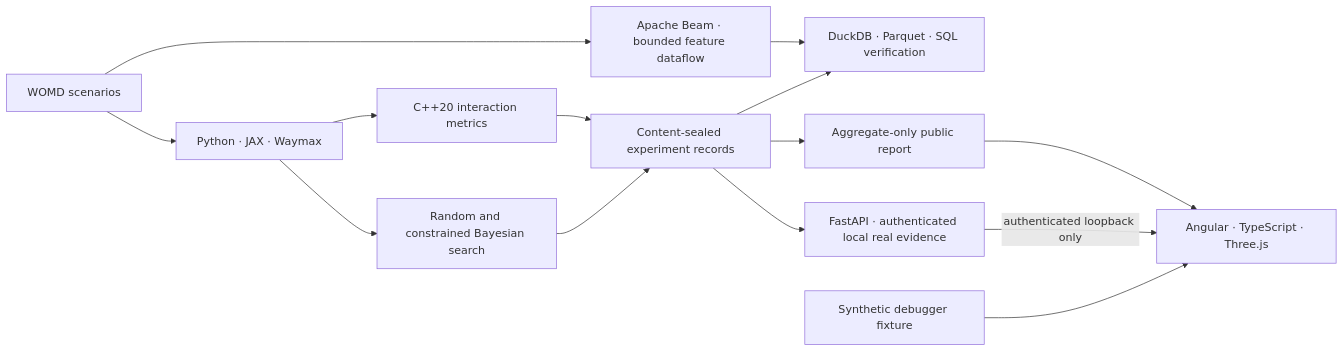
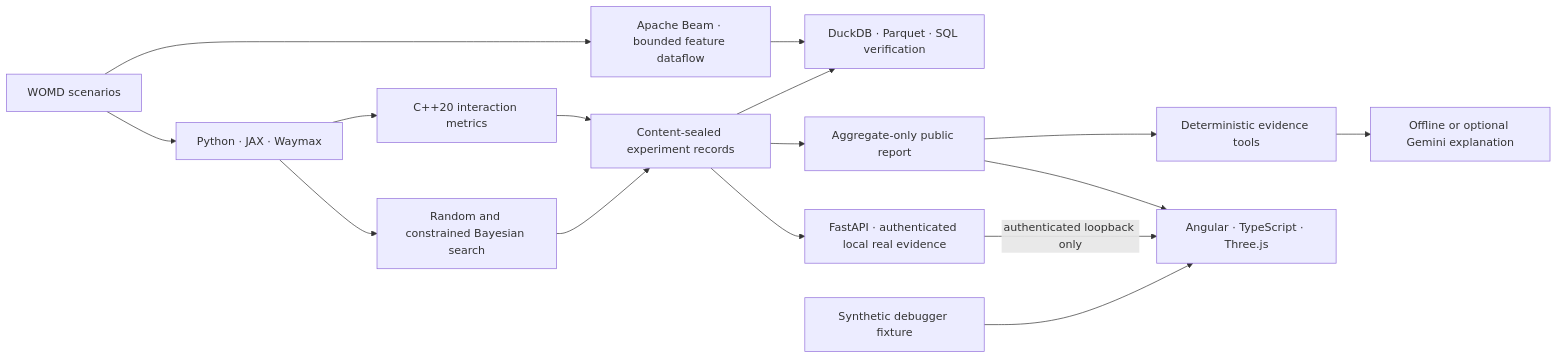
One commit to ethanvillalovoz/planmargin changed the diagram in README.md. Above: the diagram before and after it, drawn with Mermaid. The commit also changed other lines of this file and 9 other files, not shown here.

````diff
--- a/README.md
+++ b/README.md
@@ -107,16 +111,18 @@
 ```mermaid
 flowchart LR
     A["WOMD scenarios"] --> B["Python · JAX · Waymax"]
     B --> C["Random and constrained Bayesian search"]
     B --> D["C++20 interaction metrics"]
     C --> E["Content-sealed experiment records"]
     D --> E
     E --> F["DuckDB · Parquet · SQL verification"]
     E --> G["Aggregate-only public report"]
     E --> J["FastAPI · authenticated local real evidence"]
     A --> K["Apache Beam · bounded feature dataflow"]
     K --> F
+    G --> L["Deterministic evidence tools"]
+    L --> M["Offline or optional Gemini explanation"]
     H["Synthetic debugger fixture"] --> I["Angular · TypeScript · Three.js"]
     J -->|"authenticated loopback only"| I
     G --> I
 ```
````
